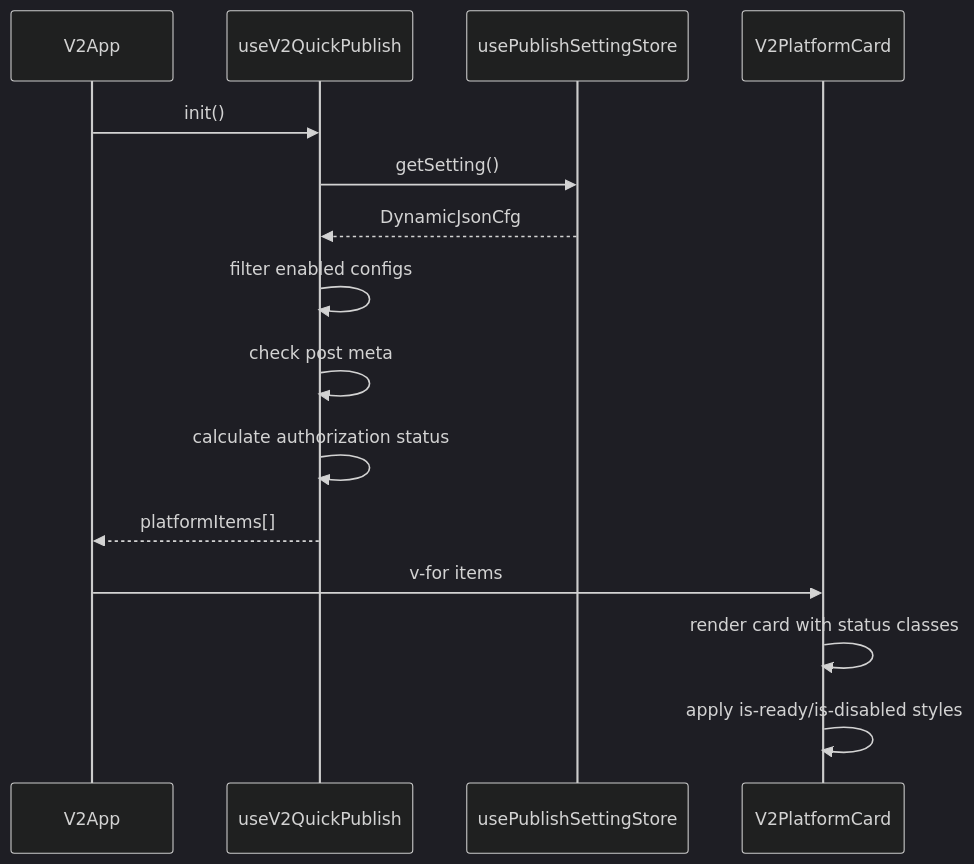
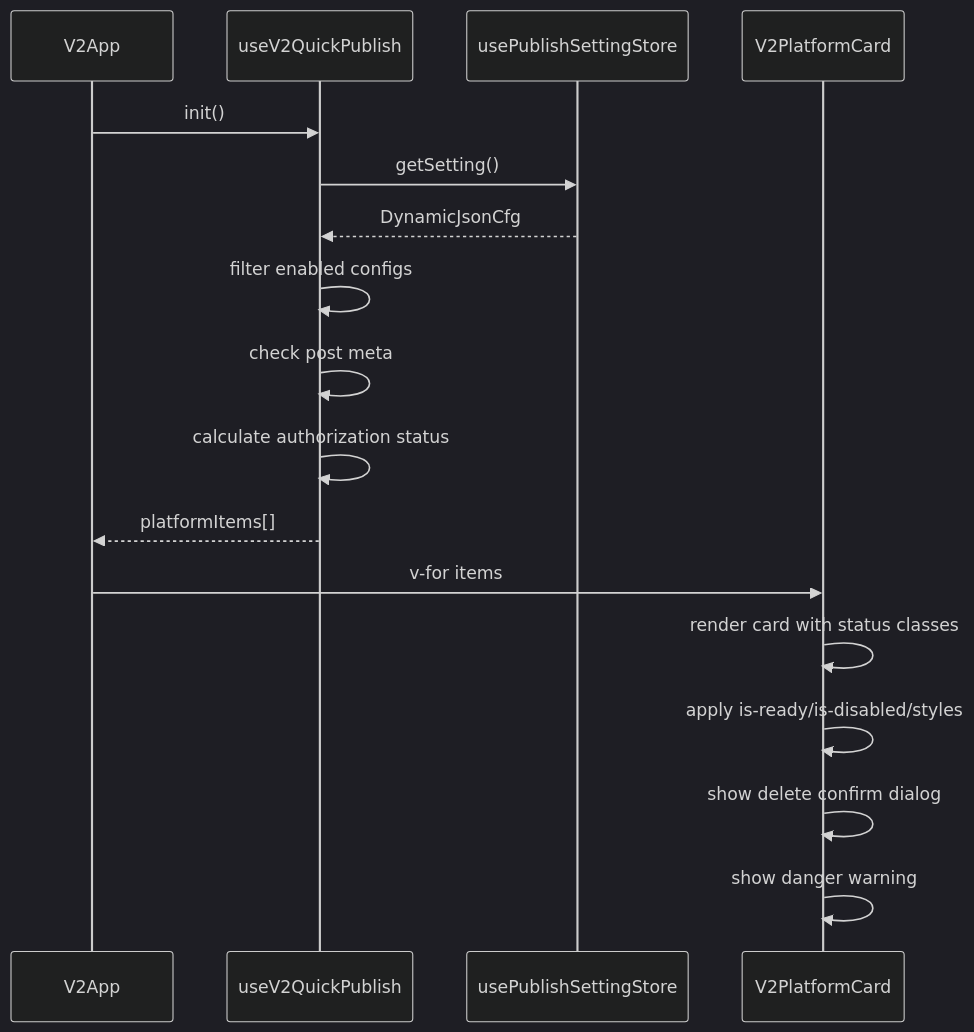
One commit to terwer/siyuan-plugin-publisher changed the fourth of 12 diagrams in .qoder/repowiki/zh/content/用户界面组件/发布组件/V2 平台卡片组件.md. Above: the diagram before and after it, drawn with Mermaid (dark theme). The commit also changed other lines of this file and 16 other files, not shown here.

````diff
--- a/.qoder/repowiki/zh/content/用户界面组件/发布组件/V2 平台卡片组件.md
+++ b/.qoder/repowiki/zh/content/用户界面组件/发布组件/V2 平台卡片组件.md
@@ -217,17 +243,19 @@
 ```mermaid
 sequenceDiagram
 participant App as V2App
 participant Composable as useV2QuickPublish
 participant Store as usePublishSettingStore
 participant Card as V2PlatformCard
 App->>Composable : init()
 Composable->>Store : getSetting()
 Store-->>Composable : DynamicJsonCfg
 Composable->>Composable : filter enabled configs
 Composable->>Composable : check post meta
 Composable->>Composable : calculate authorization status
 Composable-->>App : platformItems[]
 App->>Card : v-for items
 Card->>Card : render card with status classes
-Card->>Card : apply is-ready/is-disabled styles
+Card->>Card : apply is-ready/is-disabled/styles
+Card->>Card : show delete confirm dialog
+Card->>Card : show danger warning
 ```
````
